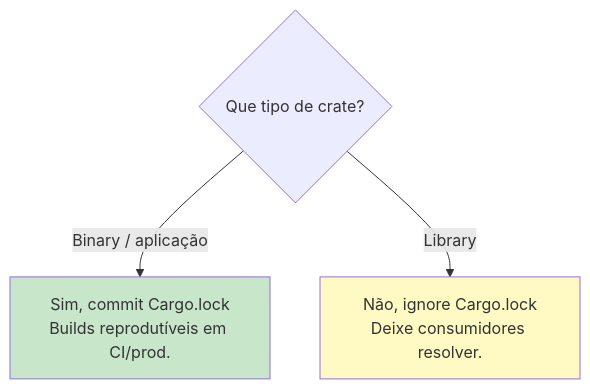
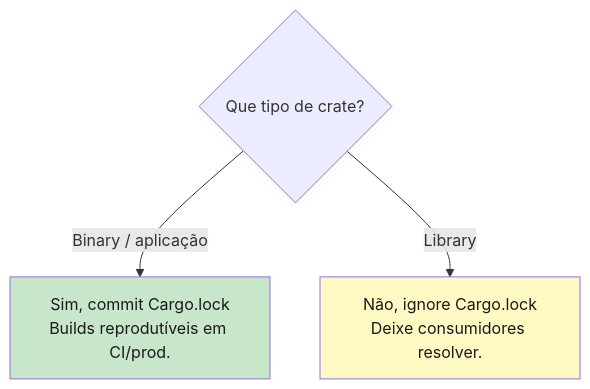
The first of 2 diagrams in book/part-06-modules-and-crates/ch19-cargo.md (Felipeness/ferro-e-espirito), drawn with Mermaid before and after one commit. The commit also changed other lines of this file and 56 other files, not shown here.

First line of the commit message:
fix: contraste de texto em diagramas mermaid

````diff
--- a/book/part-06-modules-and-crates/ch19-cargo.md
+++ b/book/part-06-modules-and-crates/ch19-cargo.md
@@ -282,9 +282,9 @@
 ```mermaid
 graph TB
     Q{Que tipo de crate?}
     Q -- Binary / aplicação --> Sim["Sim, commit Cargo.lock<br/>Builds reprodutíveis em CI/prod."]
     Q -- Library --> Nao["Não, ignore Cargo.lock<br/>Deixe consumidores resolver."]
 
-    style Sim fill:#c8e6c9
-    style Nao fill:#fff9c4
+    style Sim fill:#c8e6c9,color:#1a1a1a
+    style Nao fill:#fff9c4,color:#1a1a1a
 ```
````
